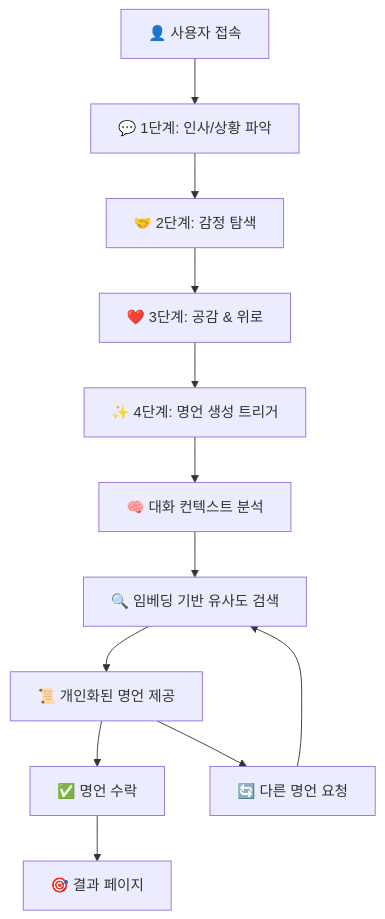
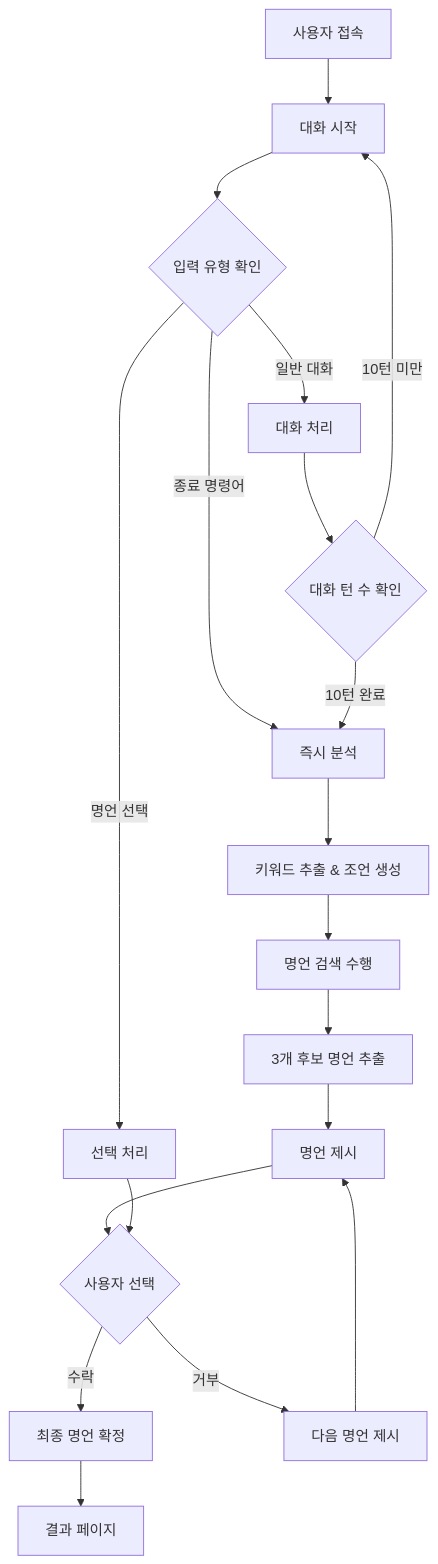
Before and after one commit to YIM-GAYUN/Perfect_Quote: the diagram in README.md, drawn with Mermaid. The commit also changed other lines of this file, not shown here.

Commit message:
docs: 임베딩 시스템 및 벡터 검색 설명 수정 - GPU 가속 지원  CPU 기반으로 정정 - 로컬 모델 강제 사용 설명 추가

````diff
--- a/README.md
+++ b/README.md
@@ -49,17 +104,25 @@
 ```mermaid
 graph TD
-    A[👤 사용자 접속] --> B[💬 1단계: 인사/상황 파악]
-    B --> C[🤝 2단계: 감정 탐색]
-    C --> D[❤️ 3단계: 공감 & 위로]
-    D --> E[✨ 4단계: 명언 생성 트리거]
-
-    E --> F[🧠 대화 컨텍스트 분석]
-    F --> G[🔍 임베딩 기반 유사도 검색]
-    G --> H[📜 개인화된 명언 제공]
-
-    H --> I[✅ 명언 수락]
-    H --> J[🔄 다른 명언 요청]
-
-    I --> K[🎯 결과 페이지]
-    J --> G
+    A[사용자 접속] --> B[대화 시작]
+    B --> C{입력 유형 확인}
+    C -->|일반 대화| D[대화 처리]
+    C -->|명언 선택| E[선택 처리]
+    C -->|종료 명령어| F[즉시 분석]
+    
+    D --> G{대화 턴 수 확인}
+    G -->|10턴 미만| B
+    G -->|10턴 완료| F
+    
+    F --> H[키워드 추출 & 조언 생성]
+    H --> I[명언 검색 수행]
+    I --> J[3개 후보 명언 추출]
+    
+    J --> K[명언 제시]
+    K --> L{사용자 선택}
+    L -->|수락| M[최종 명언 확정]
+    L -->|거부| N[다음 명언 제시]
+    N --> K
+    
+    E --> L
+    M --> O[결과 페이지]
 ```
````
